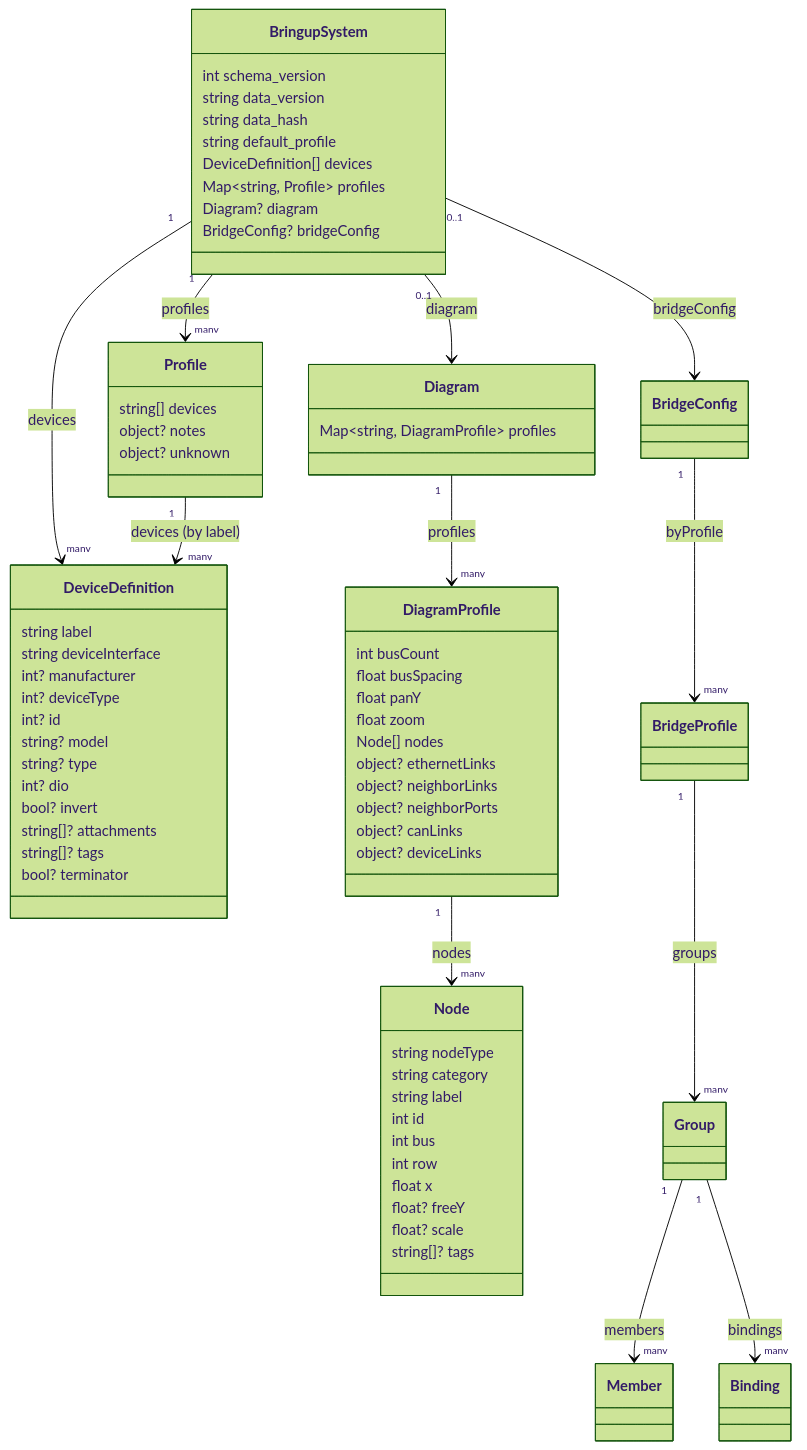
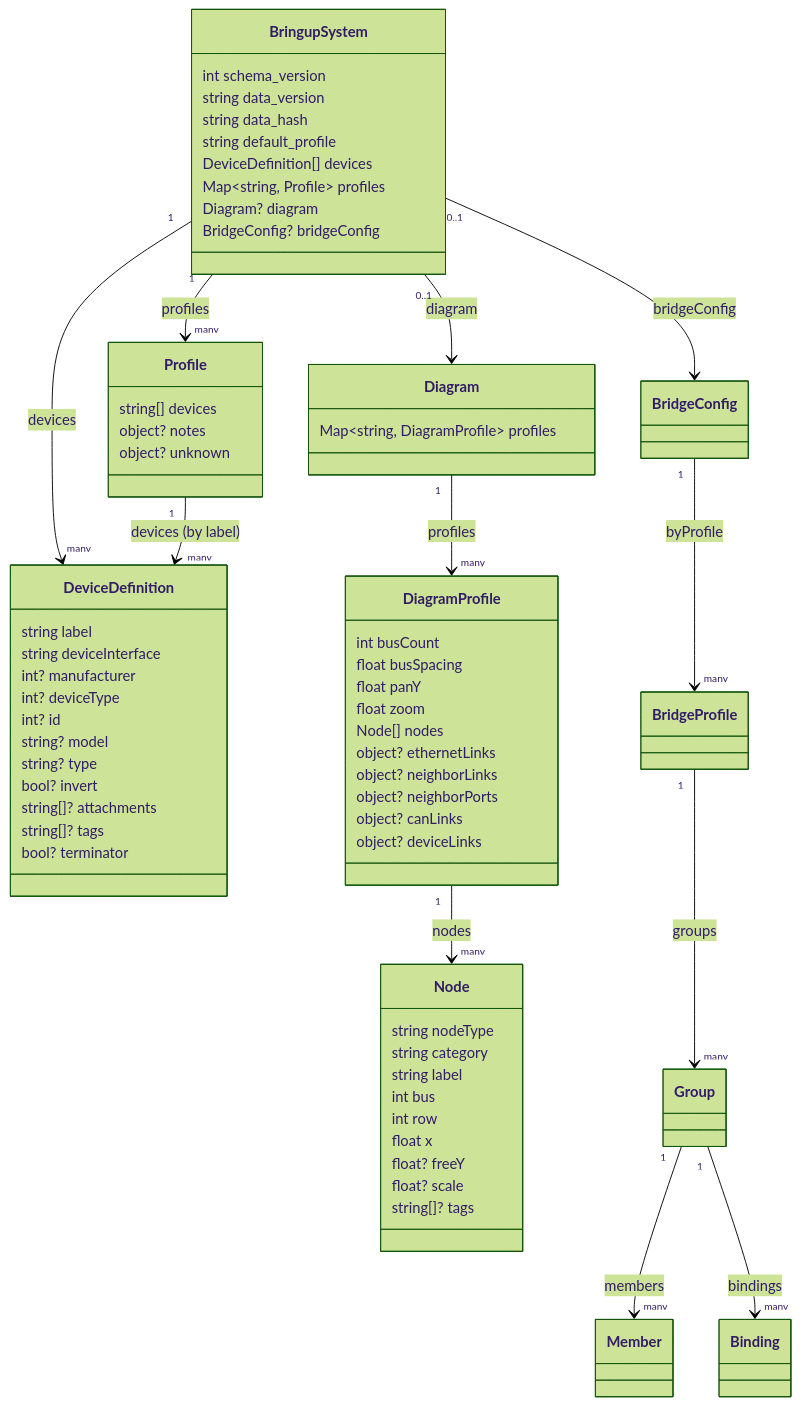
The first of 2 diagrams in docs/bringup_profiles_schema.md (dmonachello/swerveBringupMotorTest1), drawn with Mermaid (forest theme) before and after one commit. The commit also changed other lines of this file and 11 other files, not shown here.

Commit message:
Restore topology graph config and fix registry profile apply

````diff
--- a/docs/bringup_profiles_schema.md
+++ b/docs/bringup_profiles_schema.md
@@ -5,76 +5,74 @@
 ```mermaid
 classDiagram
     class BringupSystem {
         int schema_version
         string data_version
         string data_hash
         string default_profile
         DeviceDefinition[] devices
         Map~string, Profile~ profiles
         Diagram? diagram
         BridgeConfig? bridgeConfig
     }
 
     class Profile {
         string[] devices
         object? notes
         object? unknown
     }
 
     class DeviceDefinition {
         string label
         string deviceInterface
         int? manufacturer
         int? deviceType
         int? id
         string? model
         string? type
-        int? dio
         bool? invert
         string[]? attachments
         string[]? tags
         bool? terminator
     }
 
     class Diagram {
         Map~string, DiagramProfile~ profiles
     }
 
     class DiagramProfile {
         int busCount
         float busSpacing
         float panY
         float zoom
         Node[] nodes
         object? ethernetLinks
         object? neighborLinks
         object? neighborPorts
         object? canLinks
         object? deviceLinks
     }
 
     class Node {
         string nodeType
         string category
         string label
-        int id
         int bus
         int row
         float x
         float? freeY
         float? scale
         string[]? tags
     }
 
     BringupSystem "1" --> "many" Profile : profiles
     BringupSystem "1" --> "many" DeviceDefinition : devices
     Profile "1" --> "many" DeviceDefinition : devices (by label)
     BringupSystem "0..1" --> Diagram : diagram
     Diagram "1" --> "many" DiagramProfile : profiles
     DiagramProfile "1" --> "many" Node : nodes
     BringupSystem "0..1" --> BridgeConfig : bridgeConfig
     BridgeConfig "1" --> "many" BridgeProfile : byProfile
     BridgeProfile "1" --> "many" Group : groups
     Group "1" --> "many" Member : members
     Group "1" --> "many" Binding : bindings
 ```
````
